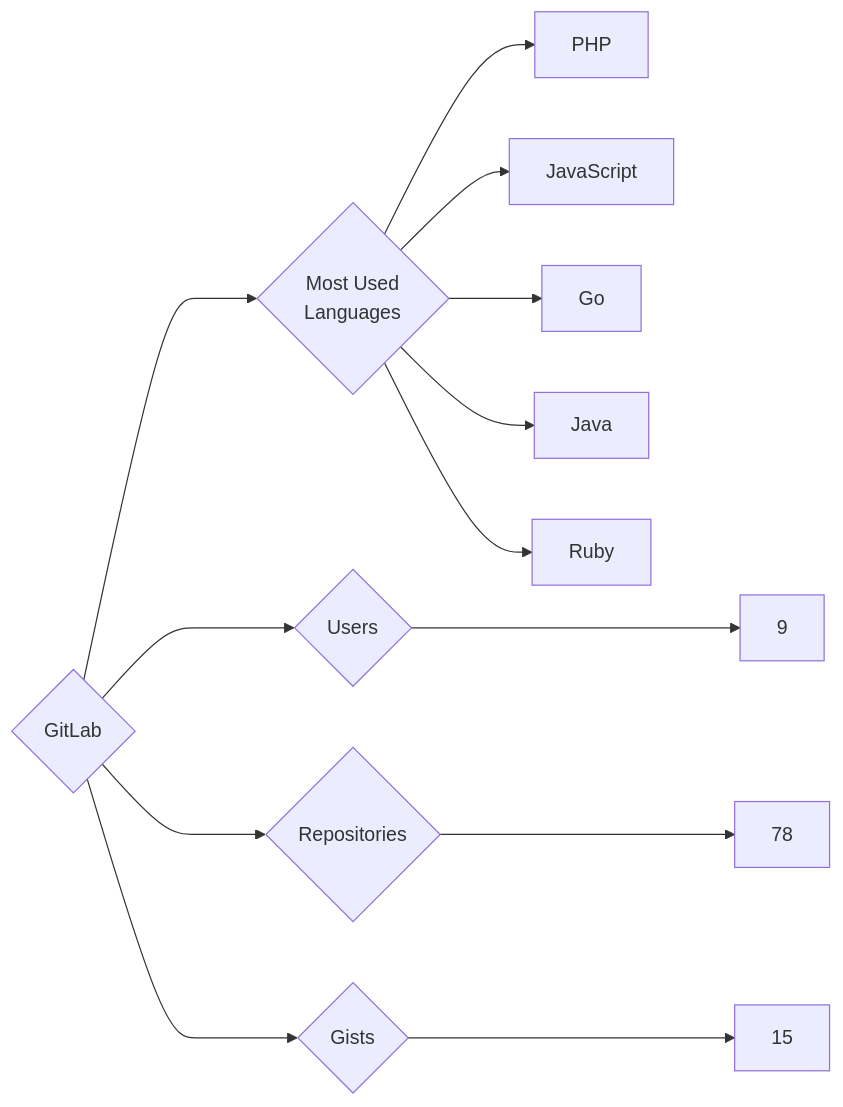
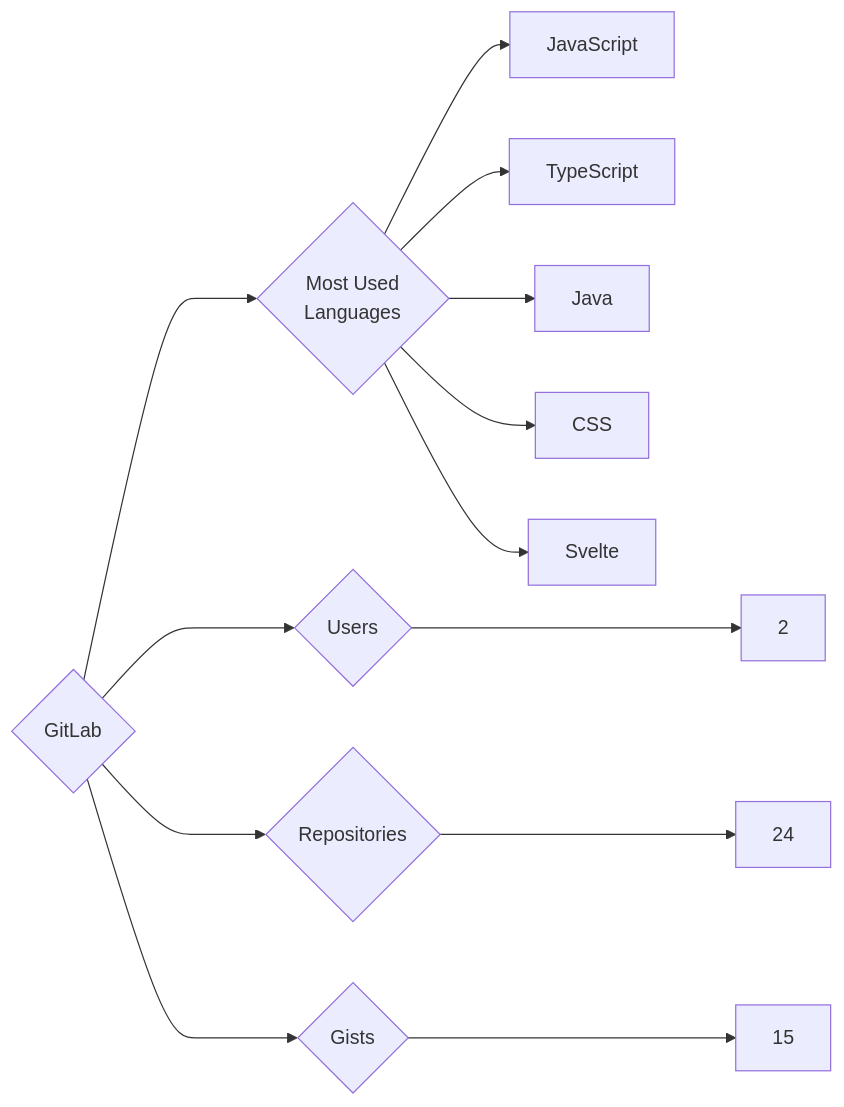
The diagram in targets/GitLab/README.md (trickest/insiders), drawn with Mermaid before and after one commit. The commit also changed 618 other files, not shown here.

````diff
--- a/targets/GitLab/README.md
+++ b/targets/GitLab/README.md
@@ -3,13 +3,13 @@
 ```mermaid
 graph LR
 COMPANY_NAME{GitLab}
-COMPANY_NAME ---> U{Users} ---> UN[9]
-COMPANY_NAME ---> R{Repositories} ---> RN[78]
+COMPANY_NAME ---> U{Users} ---> UN[2]
+COMPANY_NAME ---> R{Repositories} ---> RN[24]
 COMPANY_NAME ---> G{Gists} ---> GN[15]
 COMPANY_NAME ---> ML{Most Used<br>Languages}
-ML --> PHP[PHP]
 ML --> JavaScript[JavaScript]
-ML --> Go[Go]
+ML --> TypeScript[TypeScript]
 ML --> Java[Java]
-ML --> Ruby[Ruby]
+ML --> CSS[CSS]
+ML --> Svelte[Svelte]
 ```
````
